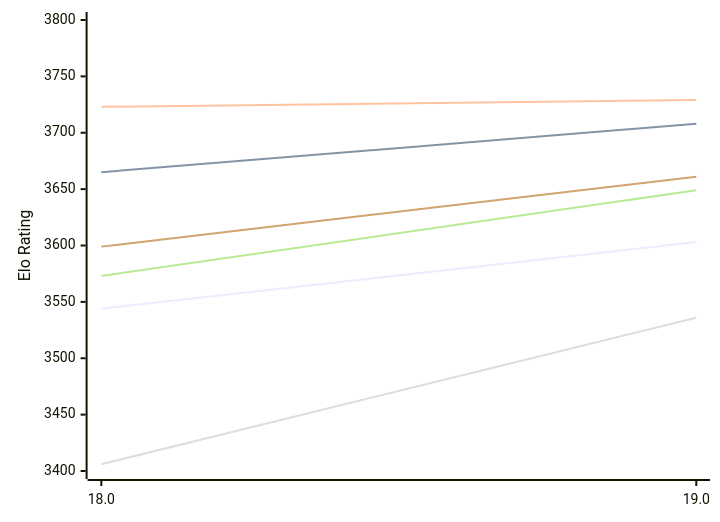
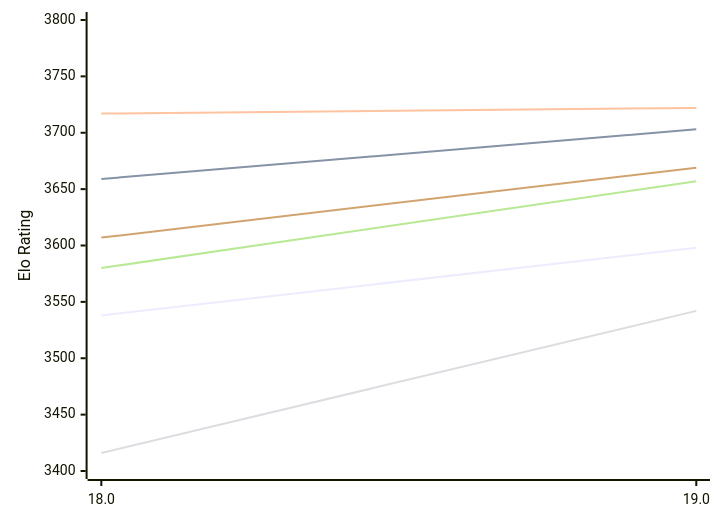
One commit to computer-chess-index/cci changed the first of 2 diagrams in engines/Stockfish.md. Above: the diagram before and after it, drawn with Mermaid. The commit also changed other lines of this file, not shown here.

Commit message:
Update CCI Ratings (ELO VLTC) - 2026-11-18

````diff
--- a/engines/Stockfish.md
+++ b/engines/Stockfish.md
@@ -64,12 +64,12 @@
 ```mermaid
 %%{init: {"theme":"base","themeVariables":{"seriesColors:['#a3a3a3','#222221','#faa371']}}}%%
 xychart-beta
   x-axis ["18.0", "19.0"]
   y-axis "Elo Rating" 3400 --> 3800
-  line "E1: STC (8.0+0.08s)" [3544, 3603]
-  line "E1: LTC (60.0+0.60s)" [3665, 3708]
-  line "E1: VLTC (2m24s+1.12s)" [3723, 3729]
-  line "P1: STC (8.0+0.08s)" [3406, 3536]
-  line "P1: LTC (60.0+0.60s)" [3573, 3649]
-  line "P1: VLTC (2m24s+1.12s)" [3599, 3661]
+  line "E1: STC (8.0+0.08s)" [3538, 3598]
+  line "E1: LTC (60.0+0.60s)" [3659, 3703]
+  line "E1: VLTC (2m24s+1.12s)" [3717, 3722]
+  line "P1: STC (8.0+0.08s)" [3416, 3542]
+  line "P1: LTC (60.0+0.60s)" [3580, 3657]
+  line "P1: VLTC (2m24s+1.12s)" [3607, 3669]
 ```
````
